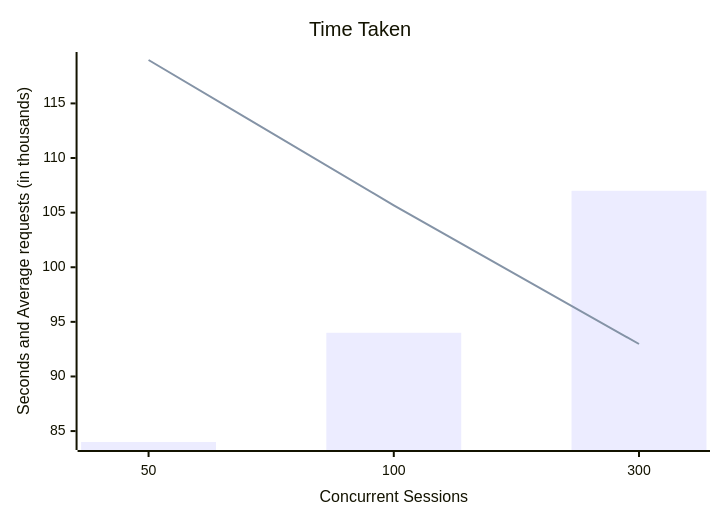
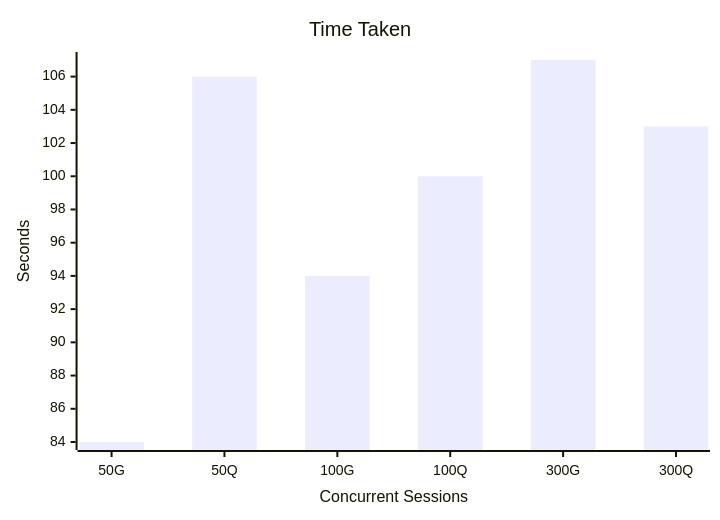
One commit to romdalf/ocp-projects changed the first of 2 diagrams in docs/testing/benchmarking.md. Above: the diagram before and after it, drawn with Mermaid. The commit also changed other lines of this file, not shown here.

````diff
--- a/docs/testing/benchmarking.md
+++ b/docs/testing/benchmarking.md
@@ -403,8 +403,7 @@
 ```mermaid
 xychart-beta
   title "Time Taken"
-  x-axis "Concurrent Sessions" [50, 100, 300]
-  y-axis "Seconds and Average requests (in thousands)" 
-  bar [84, 94, 107]
-  line [118.974, 105.666, 92.972]
+  x-axis "Concurrent Sessions" [50G, 50Q, 100G, 100Q, 300G, 300Q]
+  y-axis "Seconds" 
+  bar [84, 106, 94, 100, 107, 103]
 ```
````
